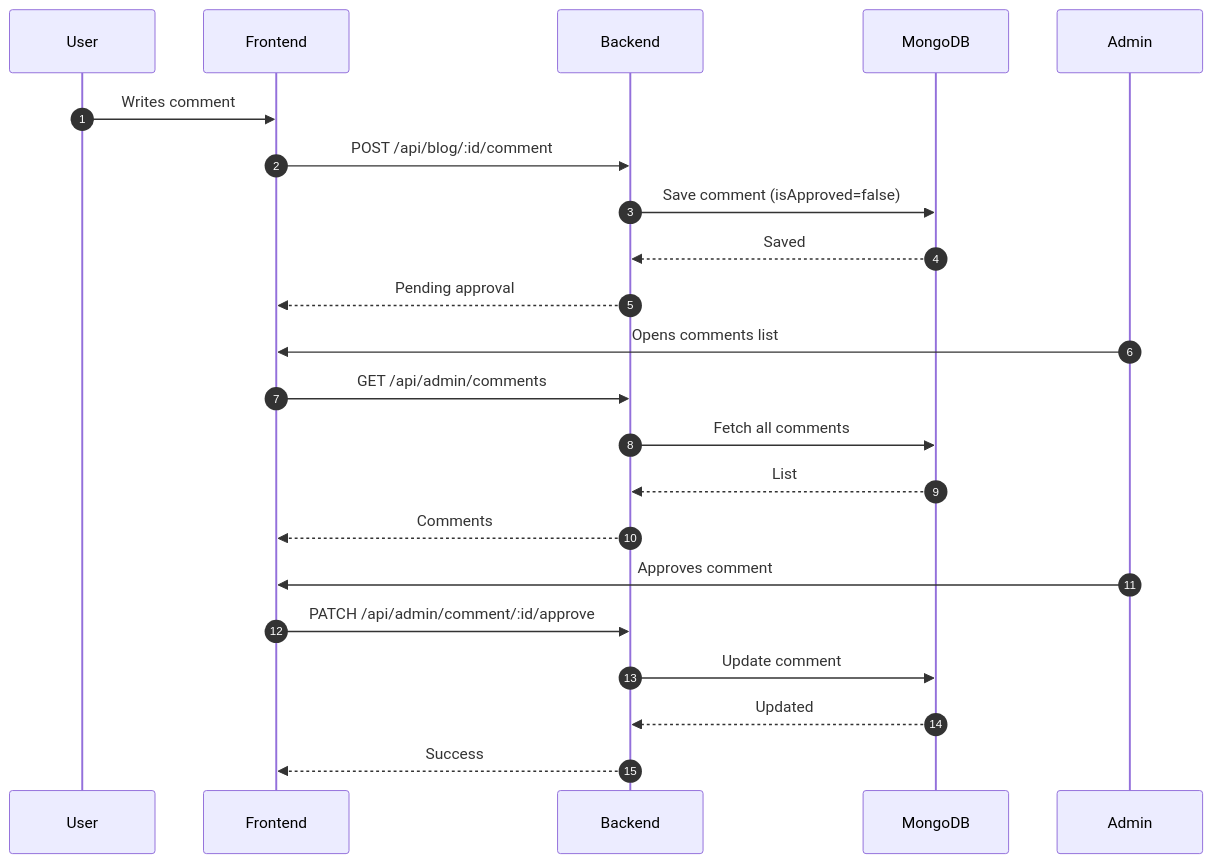
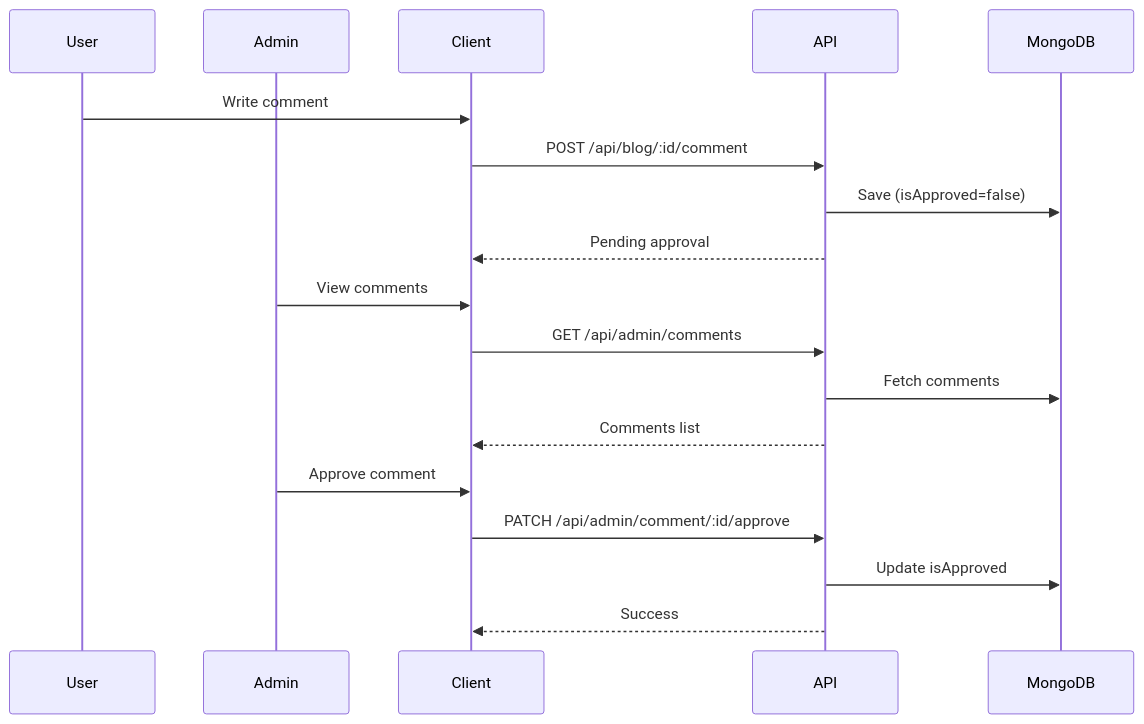
One commit to VIKRAMANR7/VikramanBlog changed the fourth of 4 diagrams in README.md. Above: the diagram before and after it, drawn with Mermaid. The commit also changed other lines of this file and 25 other files, not shown here.

````diff
--- a/README.md
+++ b/README.md
@@ -165,21 +103,23 @@
 ```mermaid
 sequenceDiagram
-    autonumber
-    User->>Frontend: Writes comment
-    Frontend->>Backend: POST /api/blog/:id/comment
-    Backend->>MongoDB: Save comment (isApproved=false)
-    MongoDB-->>Backend: Saved
-    Backend-->>Frontend: Pending approval
+    participant User
+    participant Admin
+    participant Client
+    participant API
+    participant MongoDB
 
-    Admin->>Frontend: Opens comments list
-    Frontend->>Backend: GET /api/admin/comments
-    Backend->>MongoDB: Fetch all comments
-    MongoDB-->>Backend: List
-    Backend-->>Frontend: Comments
+    User->>Client: Write comment
+    Client->>API: POST /api/blog/:id/comment
+    API->>MongoDB: Save (isApproved=false)
+    API-->>Client: Pending approval
 
-    Admin->>Frontend: Approves comment
-    Frontend->>Backend: PATCH /api/admin/comment/:id/approve
-    Backend->>MongoDB: Update comment
-    MongoDB-->>Backend: Updated
-    Backend-->>Frontend: Success
+    Admin->>Client: View comments
+    Client->>API: GET /api/admin/comments
+    API->>MongoDB: Fetch comments
+    API-->>Client: Comments list
+
+    Admin->>Client: Approve comment
+    Client->>API: PATCH /api/admin/comment/:id/approve
+    API->>MongoDB: Update isApproved
+    API-->>Client: Success
 ```
````
